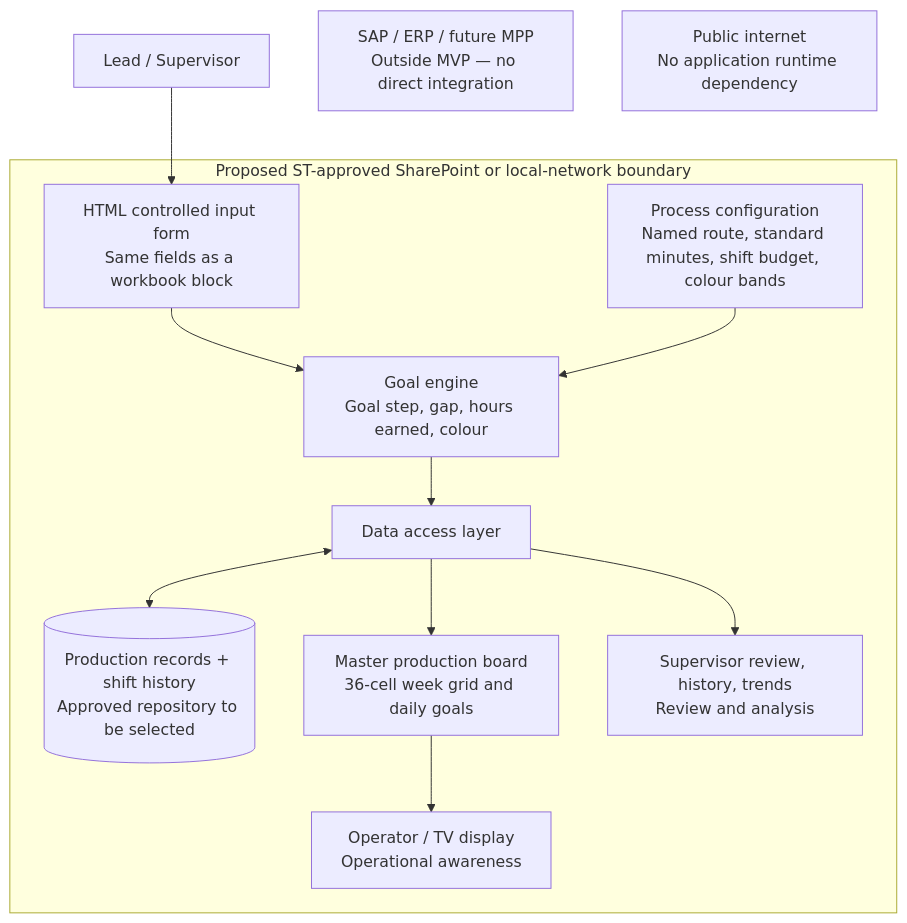
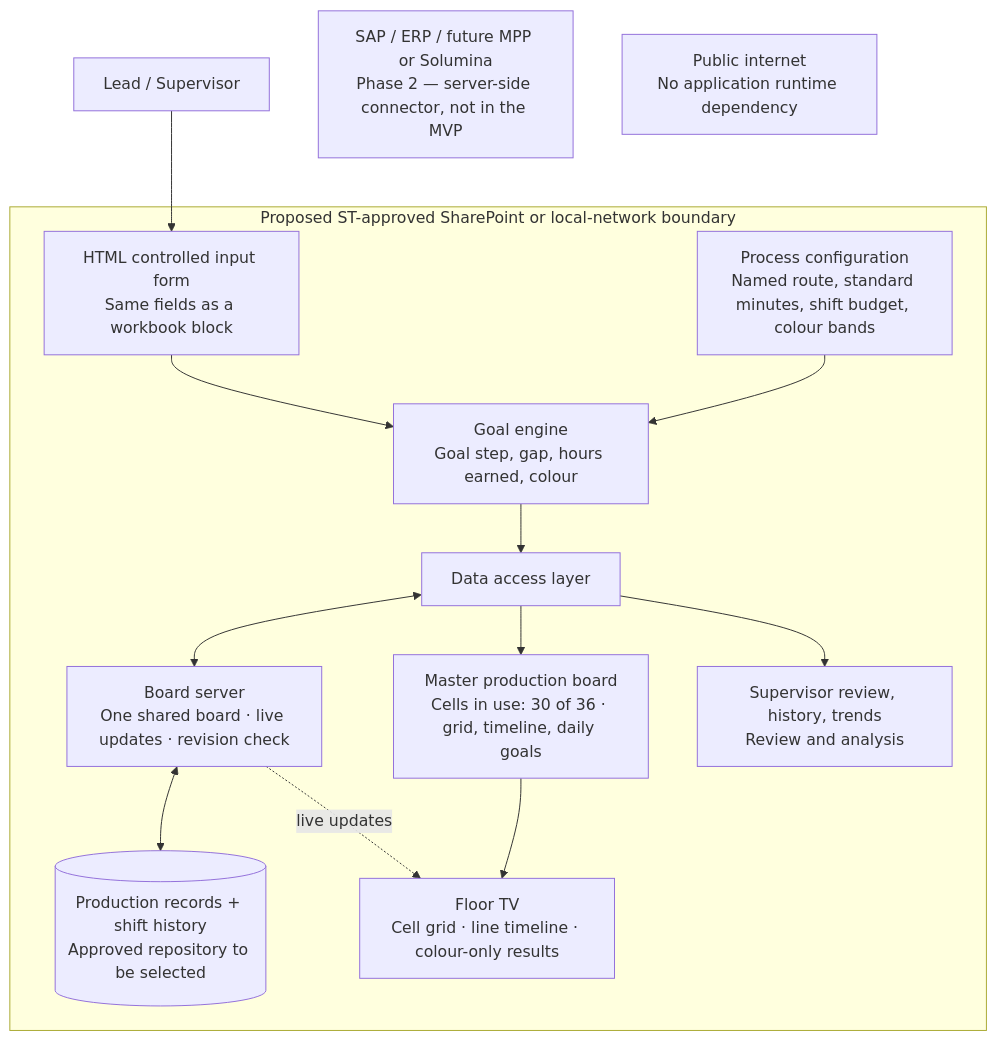
Before and after one commit to thatsdan1/quest-prototype: the diagram in ARCHITECTURE.md, drawn with Mermaid. The commit also changed other lines of this file and 18 other files, not shown here.

First line of the commit message:
Prototype v7: 10/15 floor display, line timeline, shared board server

````diff
--- a/ARCHITECTURE.md
+++ b/ARCHITECTURE.md
@@ -5,24 +5,27 @@
 ```mermaid
 flowchart TB
     Lead[Lead / Supervisor]
     subgraph Proposed[Proposed ST-approved SharePoint or local-network boundary]
       Input[HTML controlled input form\nSame fields as a workbook block]
       Config[Process configuration\nNamed route, standard minutes, shift budget, colour bands]
       Engine[Goal engine\nGoal step, gap, hours earned, colour]
       Adapter[Data access layer]
       Store[(Production records + shift history\nApproved repository to be selected)]
-      Board[Master production board\n36-cell week grid and daily goals]
-      TV[Operator / TV display\nOperational awareness]
+      Board[Master production board\nCells in use: 30 of 36 · grid, timeline, daily goals]
+      TV[Floor TV\nCell grid · line timeline · colour-only results]
+      Server[Board server\nOne shared board · live updates · revision check]
       Analytics[Supervisor review, history, trends\nReview and analysis]
       Input --> Engine
       Config --> Engine
       Engine --> Adapter
-      Adapter <--> Store
+      Adapter <--> Server
+      Server <--> Store
       Adapter --> Board
+      Server -. live updates .-> TV
       Board --> TV
       Adapter --> Analytics
     end
     Lead --> Input
-    ERP[SAP / ERP / future MPP\nOutside MVP — no direct integration]
+    ERP[SAP / ERP / future MPP or Solumina\nPhase 2 — server-side connector, not in the MVP]
     Internet[Public internet\nNo application runtime dependency]
 ```
````
